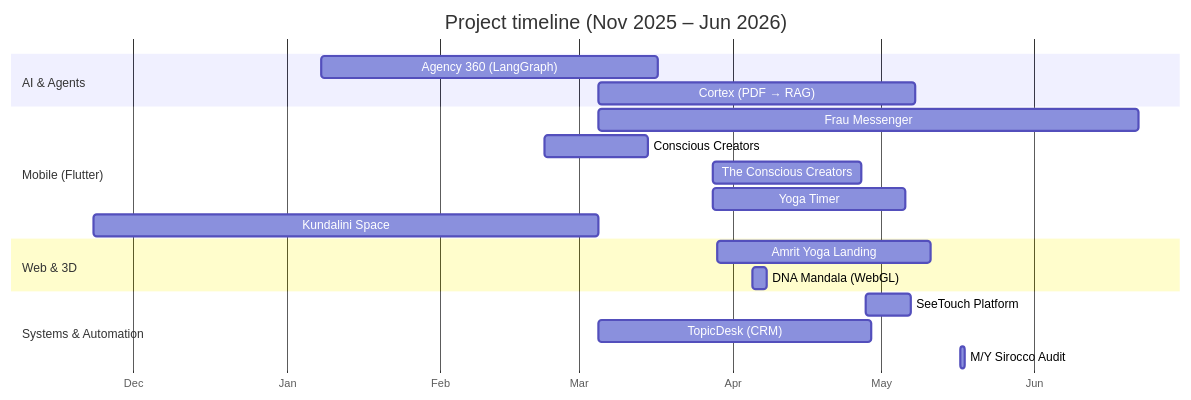
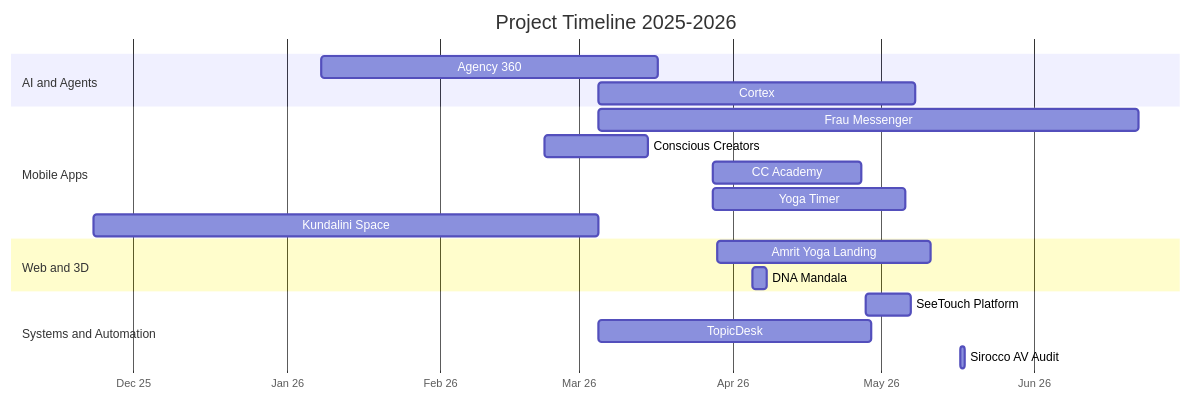
Before and after one commit to SeeTouch/SeeTouch: the diagram in README.md, drawn with Mermaid.

Commit message:
Fix Mermaid gantt: strip non-ASCII chars that blocked GitHub rendering

````diff
--- a/README.md
+++ b/README.md
@@ -54,22 +54,22 @@
 ```mermaid
 gantt
-    title Project timeline (Nov 2025 – Jun 2026)
+    title Project Timeline 2025-2026
     dateFormat YYYY-MM-DD
-    axisFormat %b
-    section AI & Agents
-    Agency 360 (LangGraph)        :2026-01-08, 2026-03-17
-    Cortex (PDF → RAG)            :2026-03-05, 2026-05-08
-    section Mobile (Flutter)
-    Frau Messenger               :2026-03-05, 2026-06-22
-    Conscious Creators           :2026-02-22, 2026-03-15
-    The Conscious Creators       :2026-03-28, 2026-04-27
-    Yoga Timer                   :2026-03-28, 2026-05-06
-    Kundalini Space              :2025-11-23, 2026-03-05
-    section Web & 3D
-    Amrit Yoga Landing           :2026-03-29, 2026-05-11
-    DNA Mandala (WebGL)          :2026-04-05, 2026-04-08
-    section Systems & Automation
-    SeeTouch Platform            :2026-04-28, 2026-05-07
-    TopicDesk (CRM)              :2026-03-05, 2026-04-29
-    M/Y Sirocco Audit            :2026-05-17, 2026-05-18
+    axisFormat %b %y
+    section AI and Agents
+    Agency 360            :2026-01-08, 2026-03-17
+    Cortex                :2026-03-05, 2026-05-08
+    section Mobile Apps
+    Frau Messenger        :2026-03-05, 2026-06-22
+    Conscious Creators    :2026-02-22, 2026-03-15
+    CC Academy            :2026-03-28, 2026-04-27
+    Yoga Timer            :2026-03-28, 2026-05-06
+    Kundalini Space       :2025-11-23, 2026-03-05
+    section Web and 3D
+    Amrit Yoga Landing    :2026-03-29, 2026-05-11
+    DNA Mandala           :2026-04-05, 2026-04-08
+    section Systems and Automation
+    SeeTouch Platform     :2026-04-28, 2026-05-07
+    TopicDesk             :2026-03-05, 2026-04-29
+    Sirocco AV Audit      :2026-05-17, 2026-05-18
 ```
````
